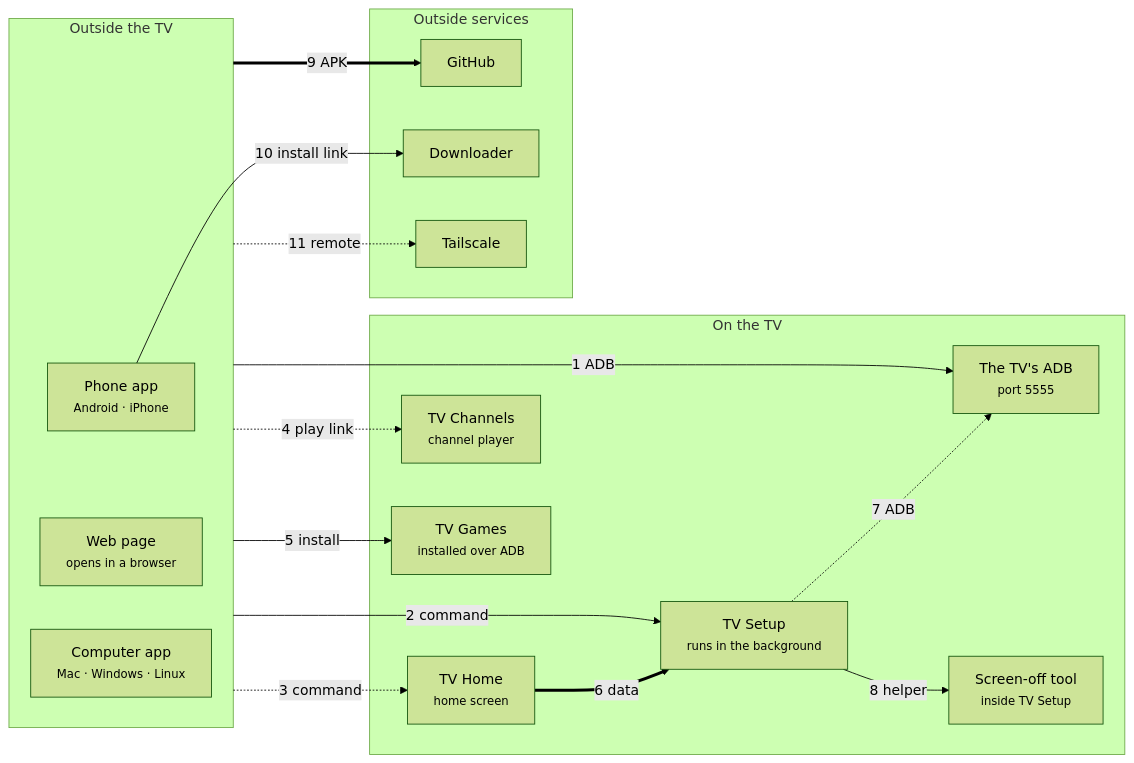
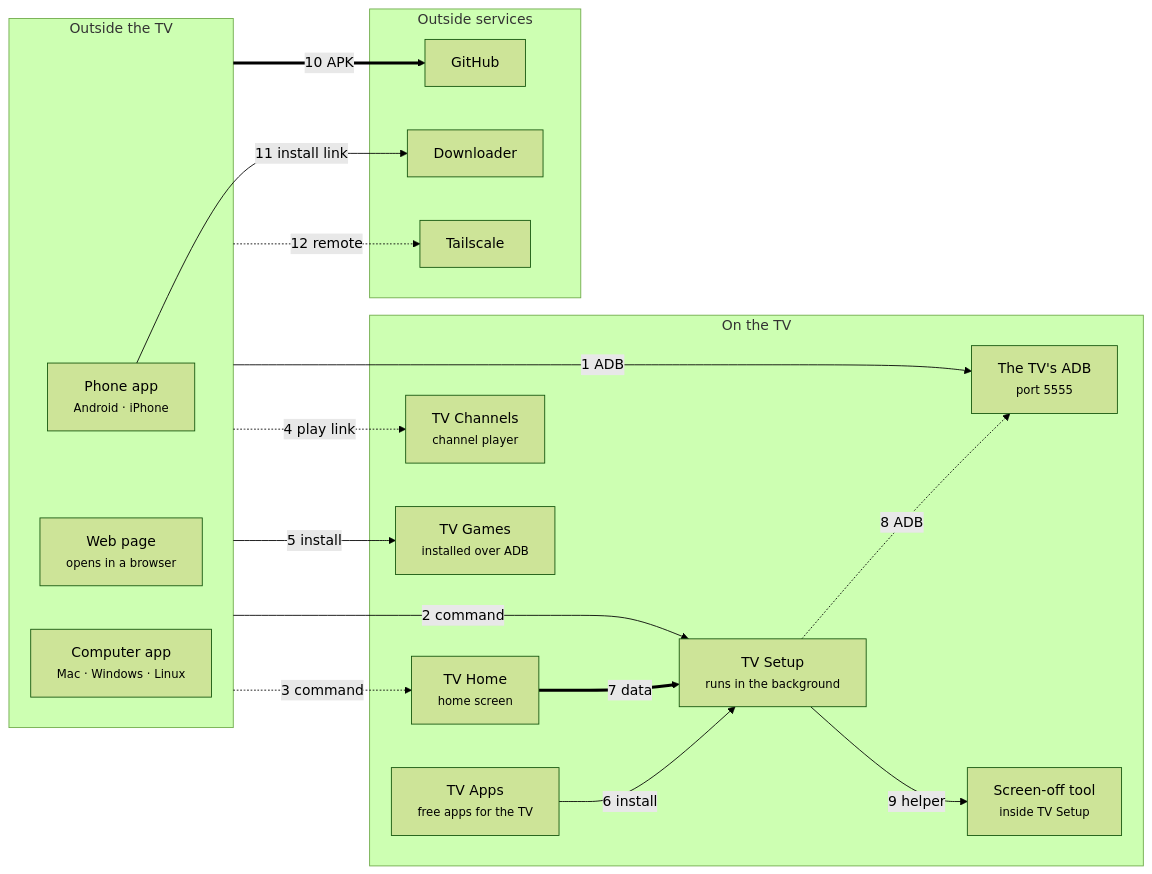
One commit to 9000000/tv-remote changed the diagram in README.md. Above: the diagram before and after it, drawn with Mermaid (forest theme). The commit also changed other lines of this file and 46 other files, not shown here.

````diff
--- a/README.md
+++ b/README.md
@@ -122,32 +123,34 @@
 ```mermaid
 flowchart LR
   subgraph clients["Outside the TV"]
     phone["Phone app<br/><small>Android · iPhone</small>"]
     web["Web page<br/><small>opens in a browser</small>"]
     desktop["Computer app<br/><small>Mac · Windows · Linux</small>"]
   end
   subgraph tv["On the TV"]
     adb["The TV's ADB<br/><small>port 5555</small>"]
     helper["Screen-off tool<br/><small>inside TV Setup</small>"]
     setup["TV Setup<br/><small>runs in the background</small>"]
     home["TV Home<br/><small>home screen</small>"]
     channels["TV Channels<br/><small>channel player</small>"]
     games["TV Games<br/><small>installed over ADB</small>"]
+    tvapps["TV Apps<br/><small>free apps for the TV</small>"]
   end
   subgraph ext["Outside services"]
     github["GitHub"]
     downloader["Downloader"]
     tailscale["Tailscale"]
   end
   clients -->|"1 ADB"| adb
   clients -->|"2 command"| setup
   clients -.->|"3 command"| home
   clients -.->|"4 play link"| channels
   clients -->|"5 install"| games
-  home ==>|"6 data"| setup
-  setup -.->|"7 ADB"| adb
-  setup -->|"8 helper"| helper
-  clients ==>|"9 APK"| github
-  phone -->|"10 install link"| downloader
-  clients -.->|"11 remote"| tailscale
+  tvapps -->|"6 install"| setup
+  home ==>|"7 data"| setup
+  setup -.->|"8 ADB"| adb
+  setup -->|"9 helper"| helper
+  clients ==>|"10 APK"| github
+  phone -->|"11 install link"| downloader
+  clients -.->|"12 remote"| tailscale
 ```
````
